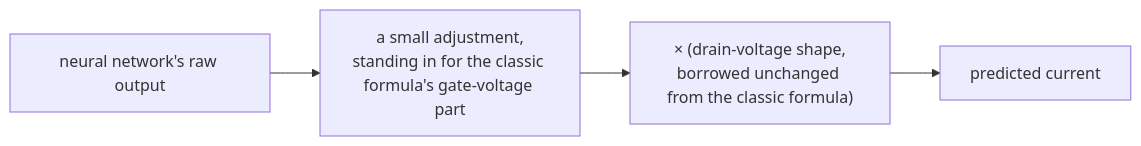
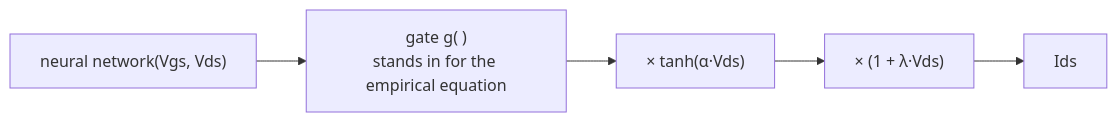
Before and after one commit to Angel-AD/transistor_modeling: the third of 5 diagrams in docs/MODEL_ARCHITECTURES_EXPLAINED.md, drawn with Mermaid. The commit also changed other lines of this file, not shown here.

First line of the commit message:
Redo MODEL_ARCHITECTURES_EXPLAINED.md as a light terminology pass, not a rewrite

````diff
--- a/docs/MODEL_ARCHITECTURES_EXPLAINED.md
+++ b/docs/MODEL_ARCHITECTURES_EXPLAINED.md
@@ -92,6 +145,7 @@
 ```mermaid
 flowchart LR
-    NN["neural network's raw output"] --> GATE["a small adjustment,<br/>standing in for the classic formula's gate-voltage part"]
-    GATE --> M1["× (drain-voltage shape,<br/>borrowed unchanged from the classic formula)"]
-    M1 --> OUT["predicted current"]
+    NN["neural network(Vgs, Vds)"] --> GATE["gate g( )<br/>stands in for the empirical equation"]
+    GATE --> M1["× tanh(α·Vds)"]
+    M1 --> M2["× (1 + λ·Vds)"]
+    M2 --> OUT["Ids"]
 ```
````
